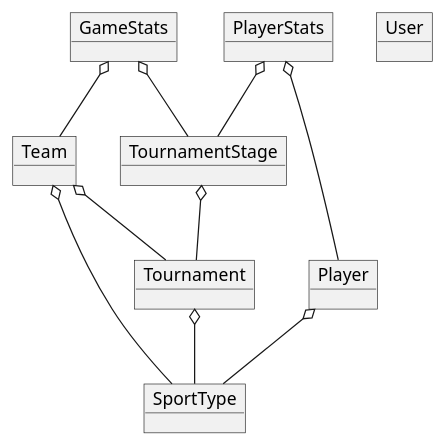
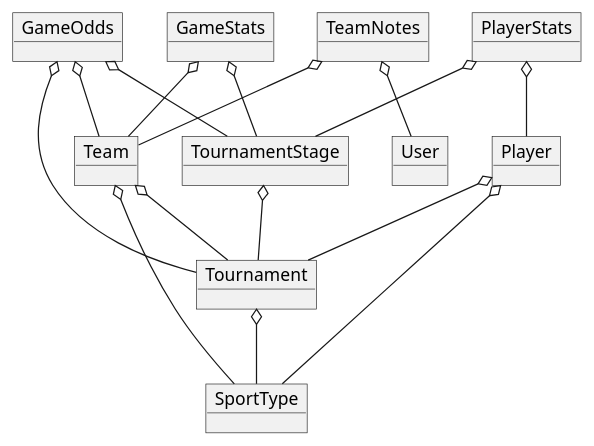
Before and after one commit to yaroslav-dudar/fox.cub: the diagram in docs/objects.wsd, drawn with PlantUML. The commit also changed 8 other files, not shown here.

```diff
--- a/docs/objects.wsd
+++ b/docs/objects.wsd
@@ -1,30 +1,41 @@
 @startuml "Object diagram"
 
 object GameStats
 object Team
+object TeamNotes
 
 object Tournament
 object TournamentStage
 
 object Player
 object PlayerStats
 
 object SportType
 
 object User
+
+object GameOdds
 
 GameStats o-- Team
 GameStats o-- TournamentStage
 
 Team o-- SportType
 Team o-- Tournament
 
 Tournament o-- SportType
 
 TournamentStage o-- Tournament
 
 PlayerStats o-- Player
 PlayerStats o-- TournamentStage
 
 Player o-- SportType
+Player o-- Tournament
+
+GameOdds o-- Tournament
+GameOdds o-- TournamentStage
+GameOdds o-- Team
+
+TeamNotes o-- Team
+TeamNotes o-- User
 @enduml
```
